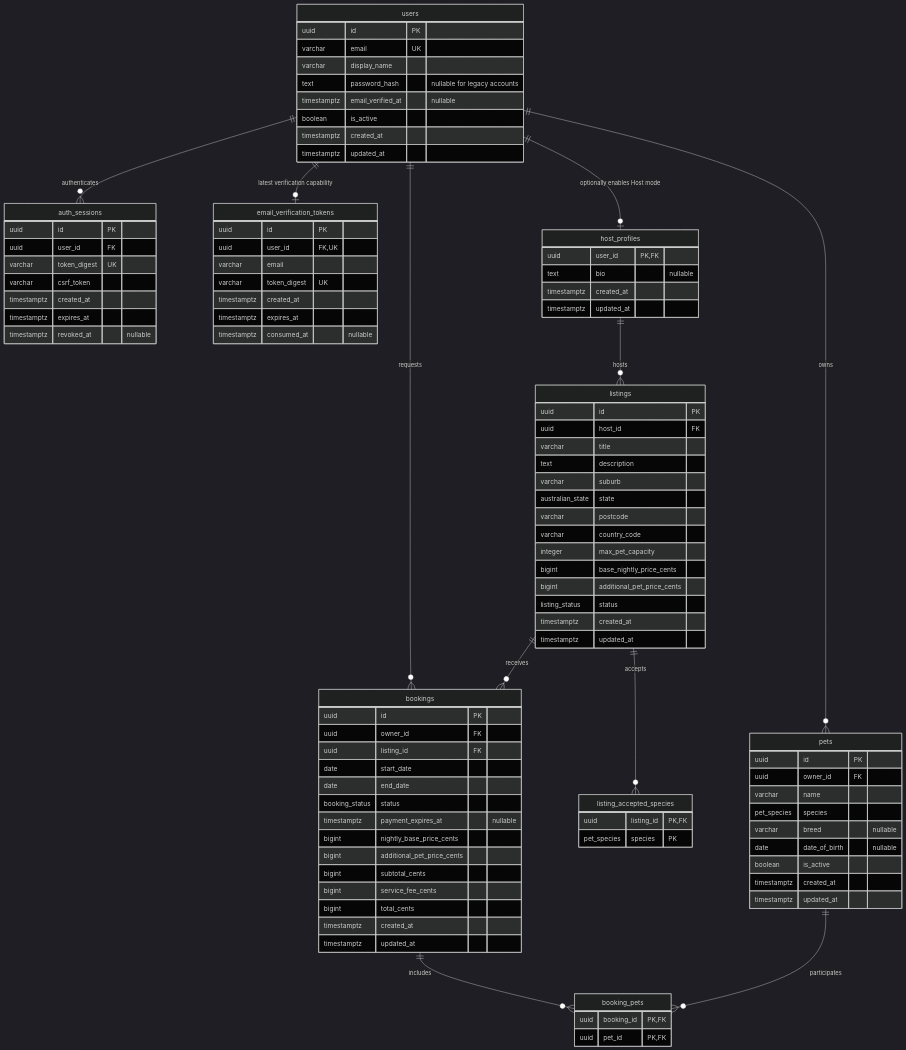
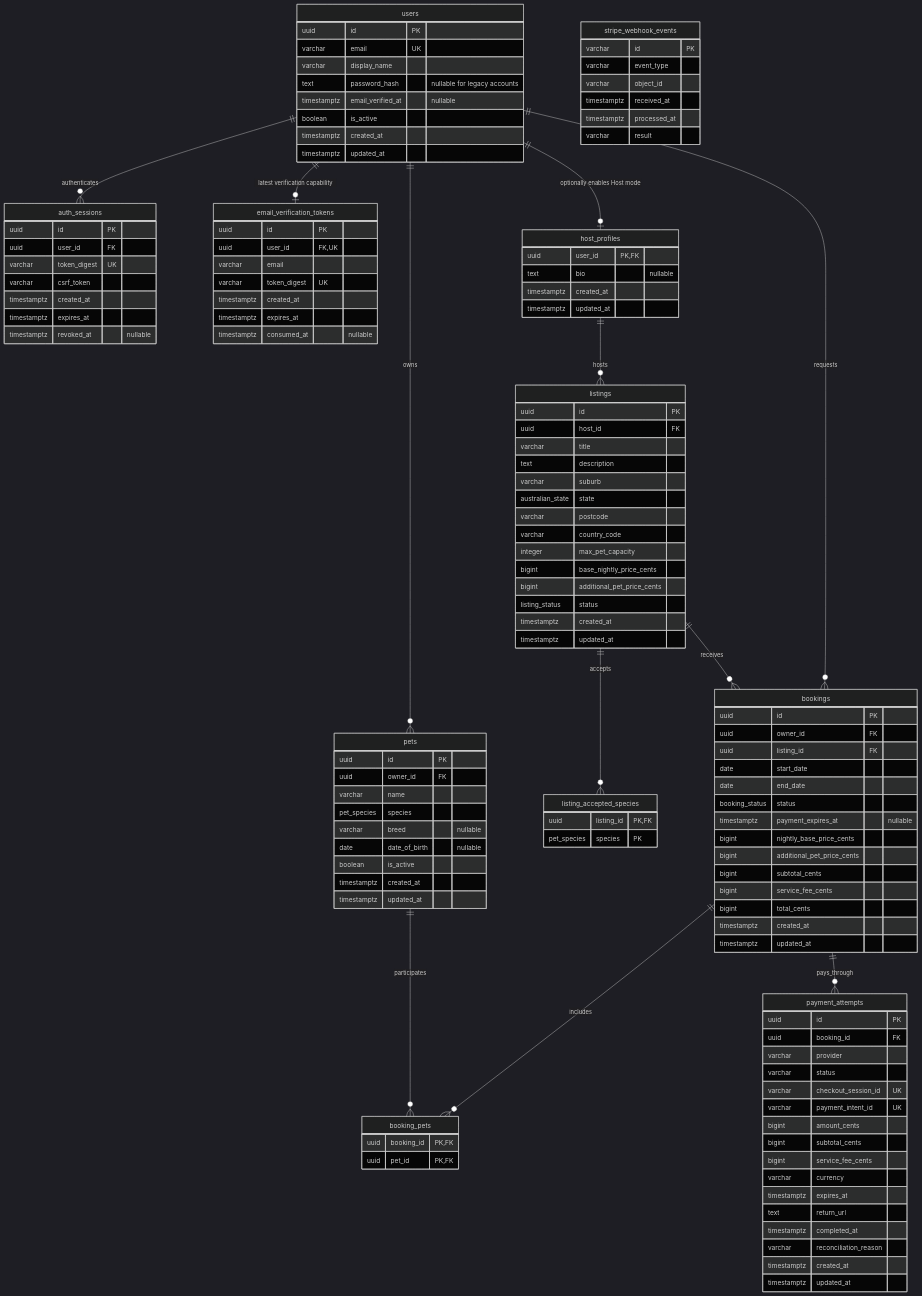
One commit to doyosogo/Pawtel changed the diagram in docs/database.md. Above: the diagram before and after it, drawn with Mermaid (dark theme). The commit also changed other lines of this file and 30 other files, not shown here.

Commit message:
feat: add Stripe checkout and webhook payment workflow

````diff
--- a/docs/database.md
+++ b/docs/database.md
@@ -19,6 +20,7 @@
     listings ||--o{ bookings : receives
     bookings ||--o{ booking_pets : includes
     pets ||--o{ booking_pets : participates
+    bookings ||--o{ payment_attempts : pays_through
 
     users {
         uuid id PK
@@ -105,4 +107,31 @@
         uuid booking_id PK,FK
         uuid pet_id PK,FK
     }
+    payment_attempts {
+        uuid id PK
+        uuid booking_id FK
+        varchar provider
+        varchar status
+        varchar checkout_session_id UK
+        varchar payment_intent_id UK
+        bigint amount_cents
+        bigint subtotal_cents
+        bigint service_fee_cents
+        varchar currency
+        timestamptz expires_at
+        text return_url
+        timestamptz completed_at
+        varchar reconciliation_reason
+        timestamptz created_at
+        timestamptz updated_at
+    }
+    stripe_webhook_events {
+        varchar id PK
+        varchar event_type
+        varchar object_id
+        timestamptz received_at
+        timestamptz processed_at
+        varchar result
+    }
+
 ```
````
